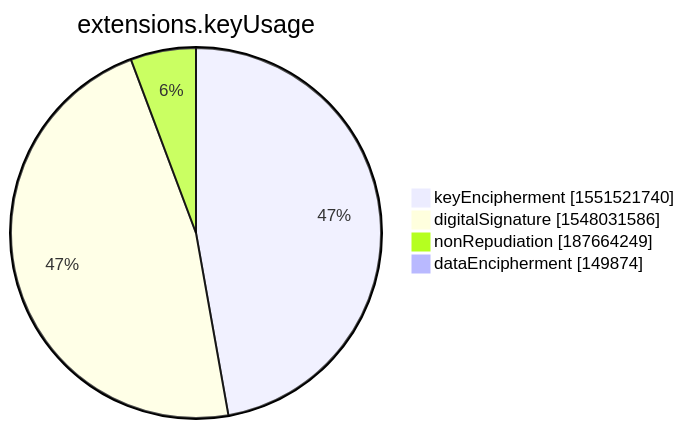
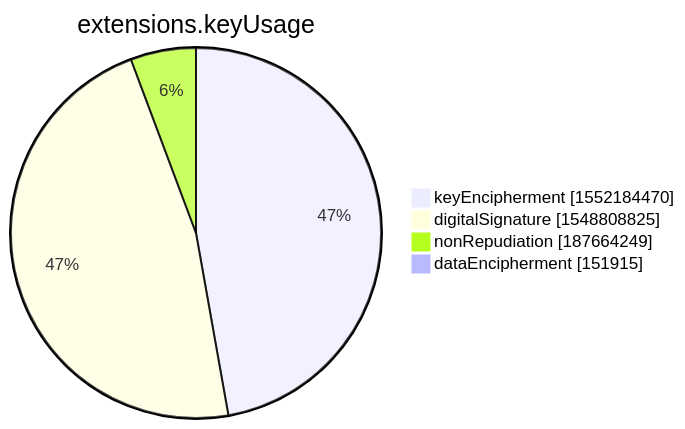
The seventh of 15 diagrams in xenon2022/README.md (christiankrug/ctmonitor_visualization), drawn with Mermaid before and after one commit. The commit also changed other lines of this file, not shown here.

````diff
--- a/xenon2022/README.md
+++ b/xenon2022/README.md
@@ -2852,8 +2852,8 @@
 ```mermaid
 pie showData
 title extensions.keyUsage
-"keyEncipherment" :1551521740
-"digitalSignature" :1548031586
+"keyEncipherment" :1552184470
+"digitalSignature" :1548808825
 "nonRepudiation" :187664249
-"dataEncipherment" :149874
+"dataEncipherment" :151915
 ```
````
